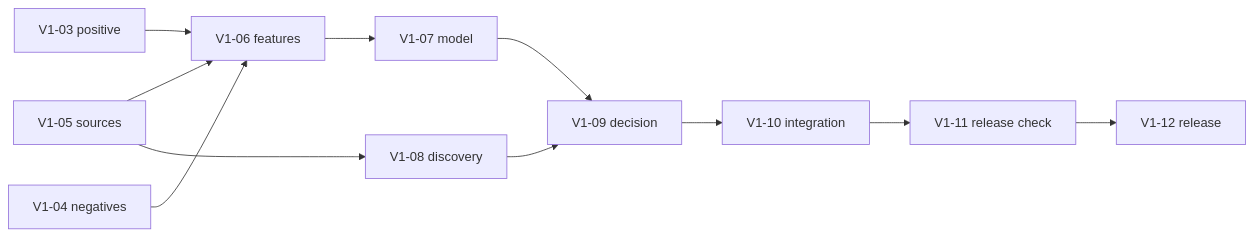
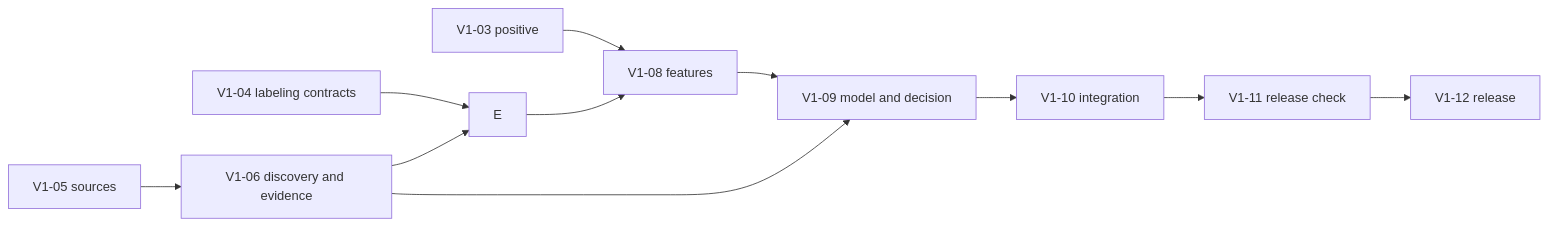
Before and after one commit to xMewrizz/NextWave: the diagram in ROADMAP.md, drawn with Mermaid. The commit also changed other lines of this file and 6 other files, not shown here.

````diff
--- a/ROADMAP.md
+++ b/ROADMAP.md
@@ -32,13 +32,13 @@
 ```mermaid
 flowchart LR
-    A[V1-03 positive] --> D[V1-06 features]
-    B[V1-04 negatives] --> D
-    C[V1-05 sources] --> D
-    D --> E[V1-07 model]
-    C --> F[V1-08 discovery]
-    F --> G[V1-09 decision]
-    E --> G
+    A[V1-03 positive] --> F[V1-08 features]
+    B[V1-04 labeling contracts] --> E
+    C[V1-05 sources] --> D[V1-06 discovery and evidence]
+    D --> E
+    E --> F[V1-08 features]
+    F --> G[V1-09 model and decision]
+    D --> G
     G --> H[V1-10 integration]
     H --> I[V1-11 release check]
     I --> J[V1-12 release]
 ```
````
